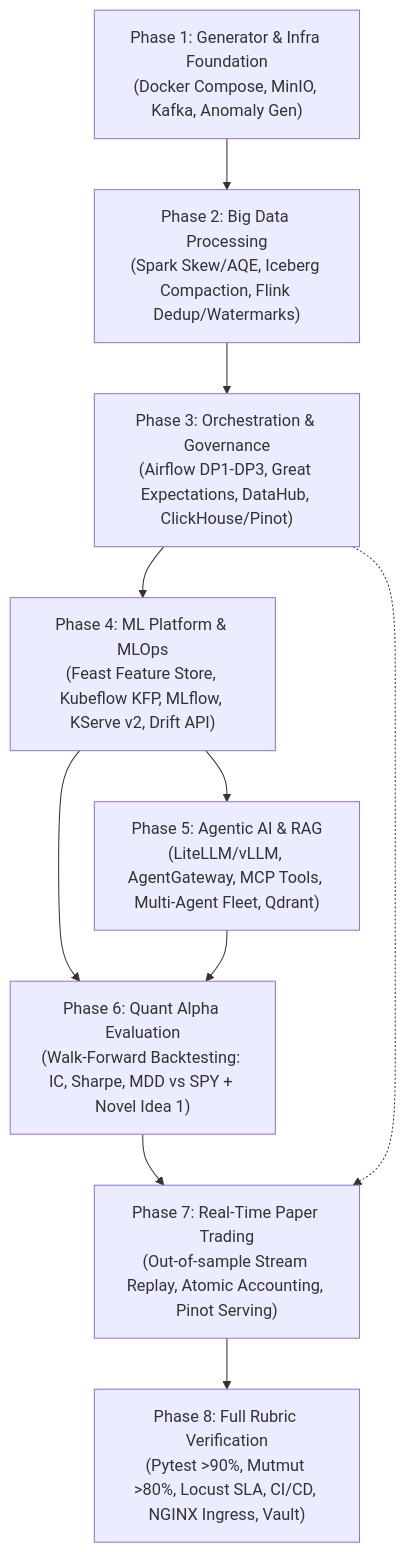
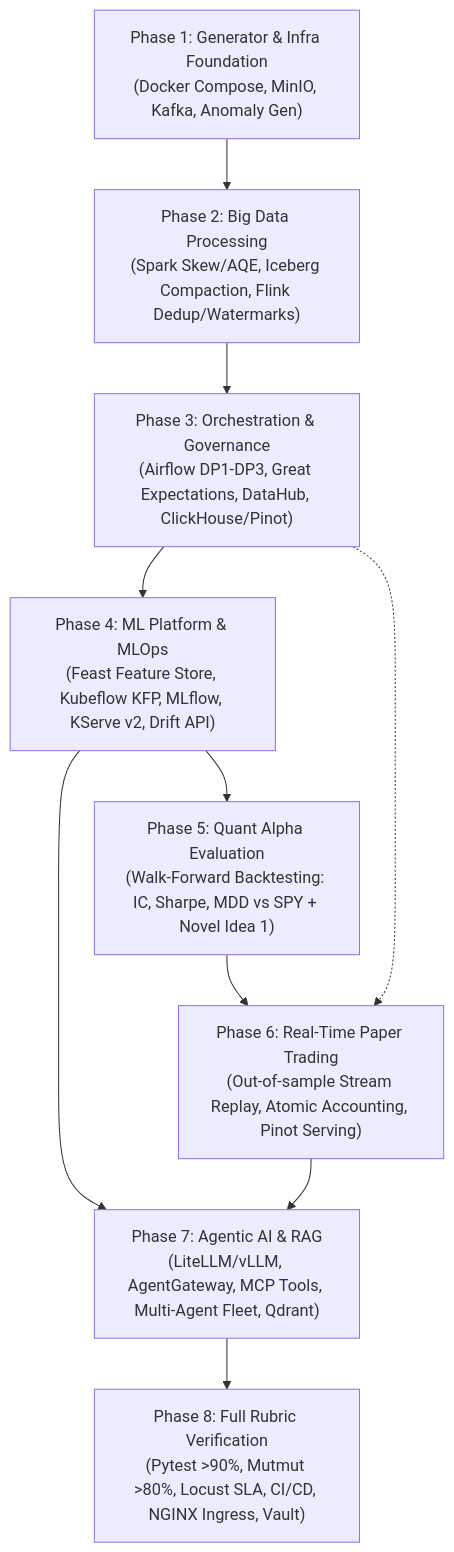
The second of 2 diagrams in docs/plan/IMPLEMENTATION_PLAN.md (LongDeutsch/edai_quant_k11), drawn with Mermaid before and after one commit. The commit also changed other lines of this file and 143 other files, not shown here.

Commit message:
integrate backtesting and alpha evaluation  phase 5

````diff
--- a/docs/plan/IMPLEMENTATION_PLAN.md
+++ b/docs/plan/IMPLEMENTATION_PLAN.md
@@ -243,21 +243,21 @@
 ```mermaid
 flowchart TD
     P1["Phase 1: Generator & Infra Foundation<br>(Docker Compose, MinIO, Kafka, Anomaly Gen)"]
     P2["Phase 2: Big Data Processing<br>(Spark Skew/AQE, Iceberg Compaction, Flink Dedup/Watermarks)"]
     P3["Phase 3: Orchestration & Governance<br>(Airflow DP1-DP3, Great Expectations, DataHub, ClickHouse/Pinot)"]
     P4["Phase 4: ML Platform & MLOps<br>(Feast Feature Store, Kubeflow KFP, MLflow, KServe v2, Drift API)"]
-    P5["Phase 5: Agentic AI & RAG<br>(LiteLLM/vLLM, AgentGateway, MCP Tools, Multi-Agent Fleet, Qdrant)"]
-    P6["Phase 6: Quant Alpha Evaluation<br>(Walk-Forward Backtesting: IC, Sharpe, MDD vs SPY + Novel Idea 1)"]
-    P7["Phase 7: Real-Time Paper Trading<br>(Out-of-sample Stream Replay, Atomic Accounting, Pinot Serving)"]
+    P5["Phase 5: Quant Alpha Evaluation<br>(Walk-Forward Backtesting: IC, Sharpe, MDD vs SPY + Novel Idea 1)"]
+    P6["Phase 6: Real-Time Paper Trading<br>(Out-of-sample Stream Replay, Atomic Accounting, Pinot Serving)"]
+    P7["Phase 7: Agentic AI & RAG<br>(LiteLLM/vLLM, AgentGateway, MCP Tools, Multi-Agent Fleet, Qdrant)"]
     P8["Phase 8: Full Rubric Verification<br>(Pytest >90%, Mutmut >80%, Locust SLA, CI/CD, NGINX Ingress, Vault)"]
 
     P1 --> P2
     P2 --> P3
     P3 --> P4
     P4 --> P5
-    P4 --> P6
     P5 --> P6
+    P4 --> P7
     P6 --> P7
     P7 --> P8
-    P3 -.-> P7
+    P3 -.-> P6
 ```
````
